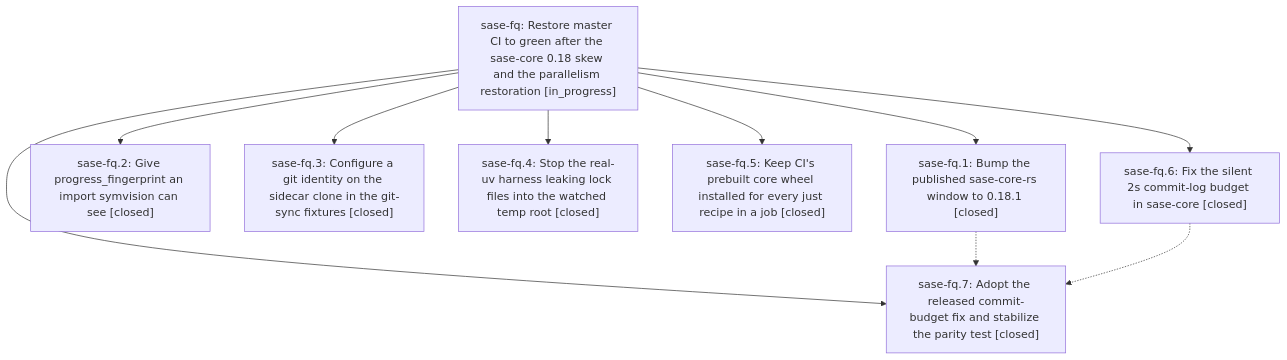
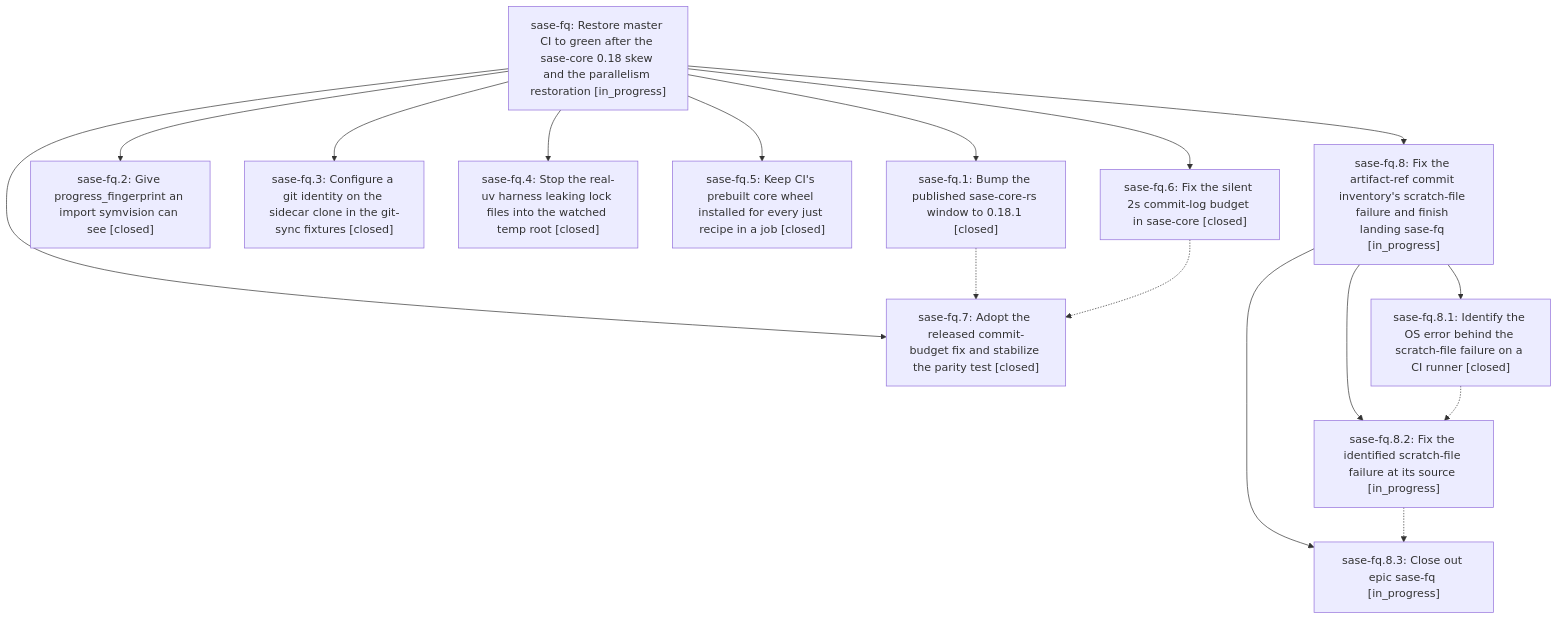
One commit to sase-org/sase--beads changed the diagram in pages/sase-fq/README.md. Above: the diagram before and after it, drawn with Mermaid. The commit also changed other lines of this file and 4 other files, not shown here.

````diff
--- a/pages/sase-fq/README.md
+++ b/pages/sase-fq/README.md
@@ -28,20 +71,30 @@
 ```mermaid
 flowchart TD
     n0["sase-fq: Restore master CI to green after the sase-core 0.18 skew and the parallelism restoration [in_progress]"]
     n1["sase-fq.1: Bump the published sase-core-rs window to 0.18.1 [closed]"]
     n2["sase-fq.2: Give progress_fingerprint an import symvision can see [closed]"]
     n3["sase-fq.3: Configure a git identity on the sidecar clone in the git-sync fixtures [closed]"]
     n4["sase-fq.4: Stop the real-uv harness leaking lock files into the watched temp root [closed]"]
     n5["sase-fq.5: Keep CI's prebuilt core wheel installed for every just recipe in a job [closed]"]
     n6["sase-fq.6: Fix the silent 2s commit-log budget in sase-core [closed]"]
     n7["sase-fq.7: Adopt the released commit-budget fix and stabilize the parity test [closed]"]
+    n8["sase-fq.8: Fix the artifact-ref commit inventory's scratch-file failure and finish landing sase-fq [in_progress]"]
+    n9["sase-fq.8.1: Identify the OS error behind the scratch-file failure on a CI runner [closed]"]
+    n10["sase-fq.8.2: Fix the identified scratch-file failure at its source [in_progress]"]
+    n11["sase-fq.8.3: Close out epic sase-fq [in_progress]"]
     n0 --> n1
     n0 --> n2
     n0 --> n3
     n0 --> n4
     n0 --> n5
     n0 --> n6
     n0 --> n7
+    n0 --> n8
+    n8 --> n9
+    n8 --> n10
+    n8 --> n11
     n1 -.-> n7
     n6 -.-> n7
+    n9 -.-> n10
+    n10 -.-> n11
 ```
````
